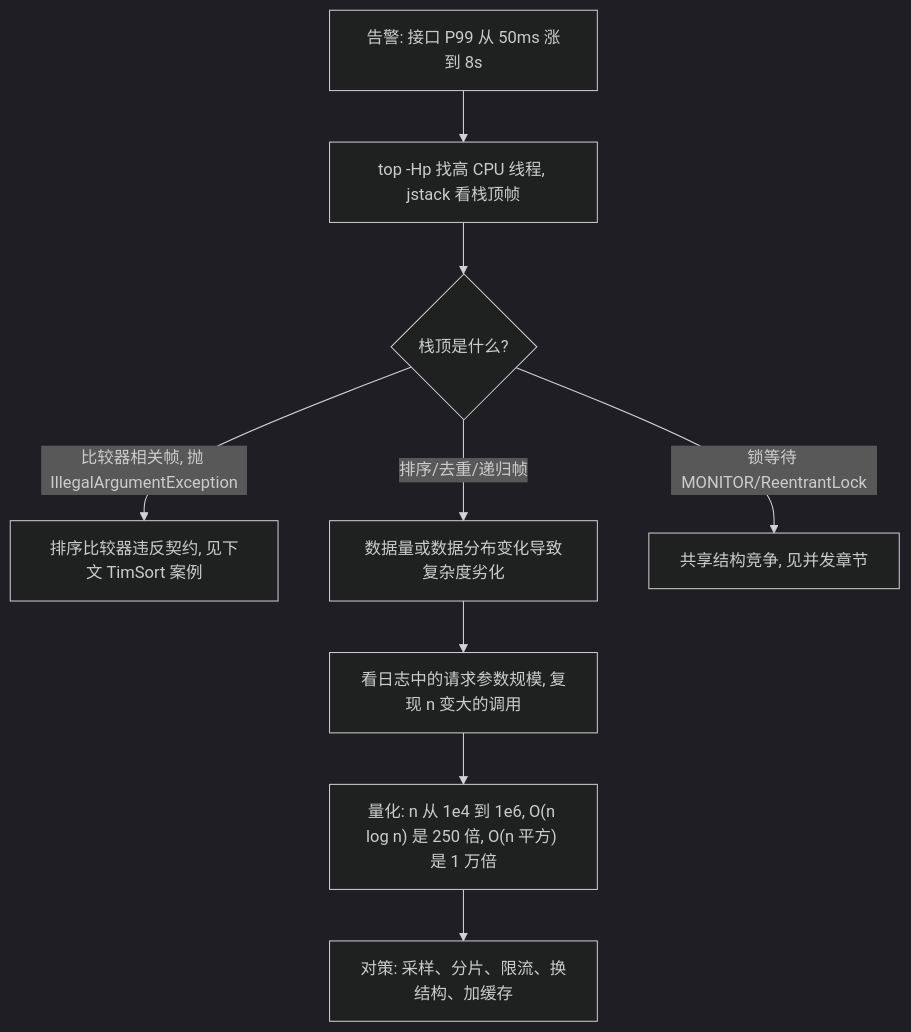
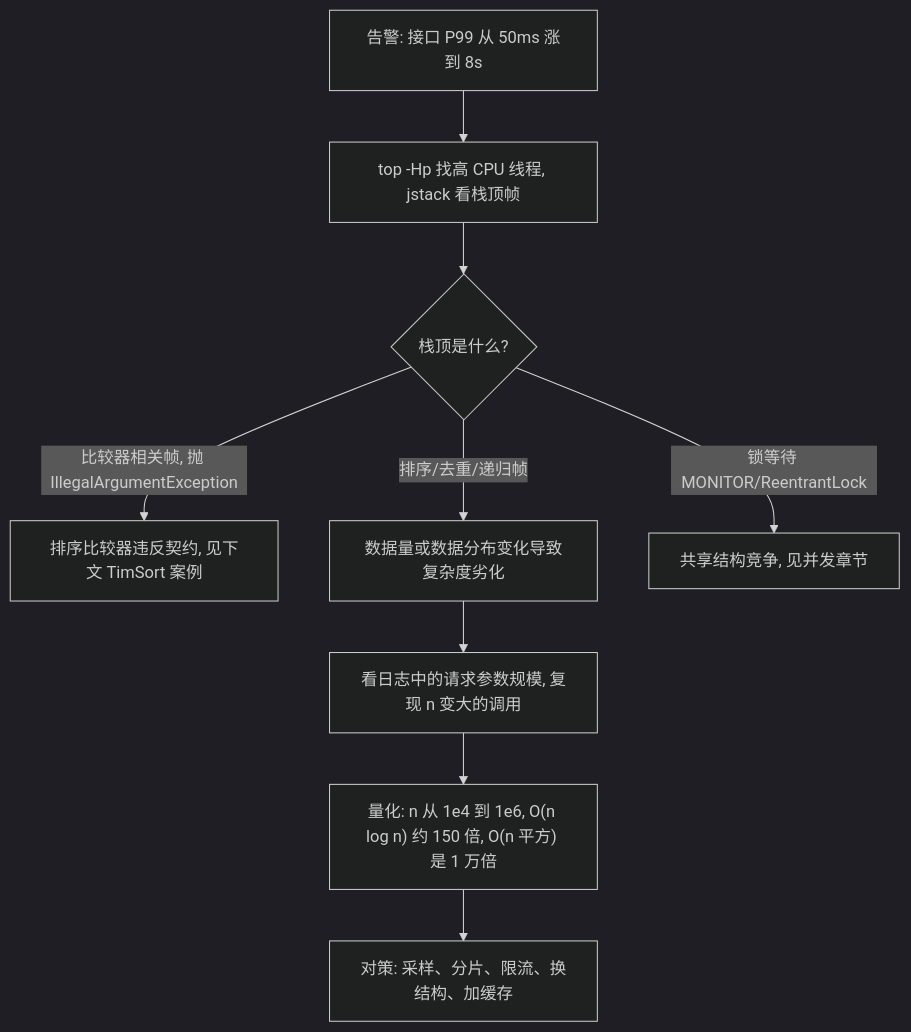
Before and after one commit to jacketan/java-interview: diagram 12 of 12 in 07-cs-fundamentals/03-数据结构与算法.md, drawn with Mermaid (dark theme). The commit also changed other lines of this file and 38 other files, not shown here.

````diff
--- a/07-cs-fundamentals/03-数据结构与算法.md
+++ b/07-cs-fundamentals/03-数据结构与算法.md
@@ -1047,11 +1043,11 @@
 ```mermaid
 flowchart TD
   A["告警: 接口 P99 从 50ms 涨到 8s"] --> B["top -Hp 找高 CPU 线程, jstack 看栈顶帧"]
   B --> C{"栈顶是什么?"}
   C -->|"比较器相关帧, 抛 IllegalArgumentException"| D["排序比较器违反契约, 见下文 TimSort 案例"]
   C -->|"排序/去重/递归帧"| E["数据量或数据分布变化导致复杂度劣化"]
   C -->|"锁等待 MONITOR/ReentrantLock"| F["共享结构竞争, 见并发章节"]
   E --> G["看日志中的请求参数规模, 复现 n 变大的调用"]
-  G --> H["量化: n 从 1e4 到 1e6, O(n log n) 是 250 倍, O(n 平方) 是 1 万倍"]
+  G --> H["量化: n 从 1e4 到 1e6, O(n log n) 约 150 倍, O(n 平方) 是 1 万倍"]
   H --> I["对策: 采样、分片、限流、换结构、加缓存"]
 ```
````
